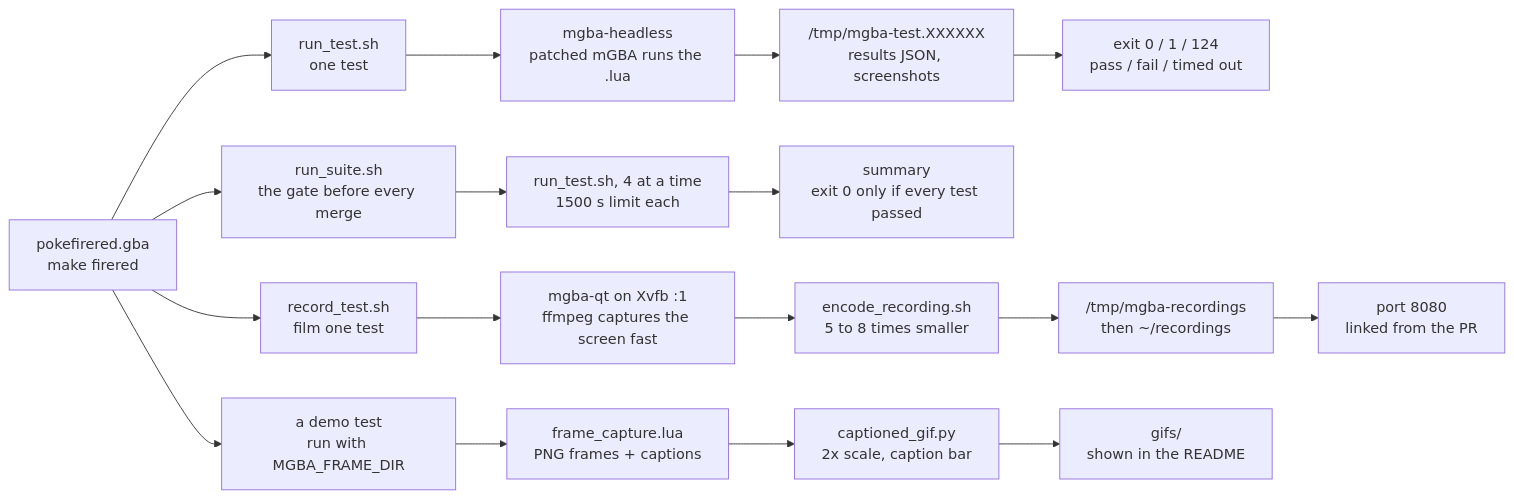
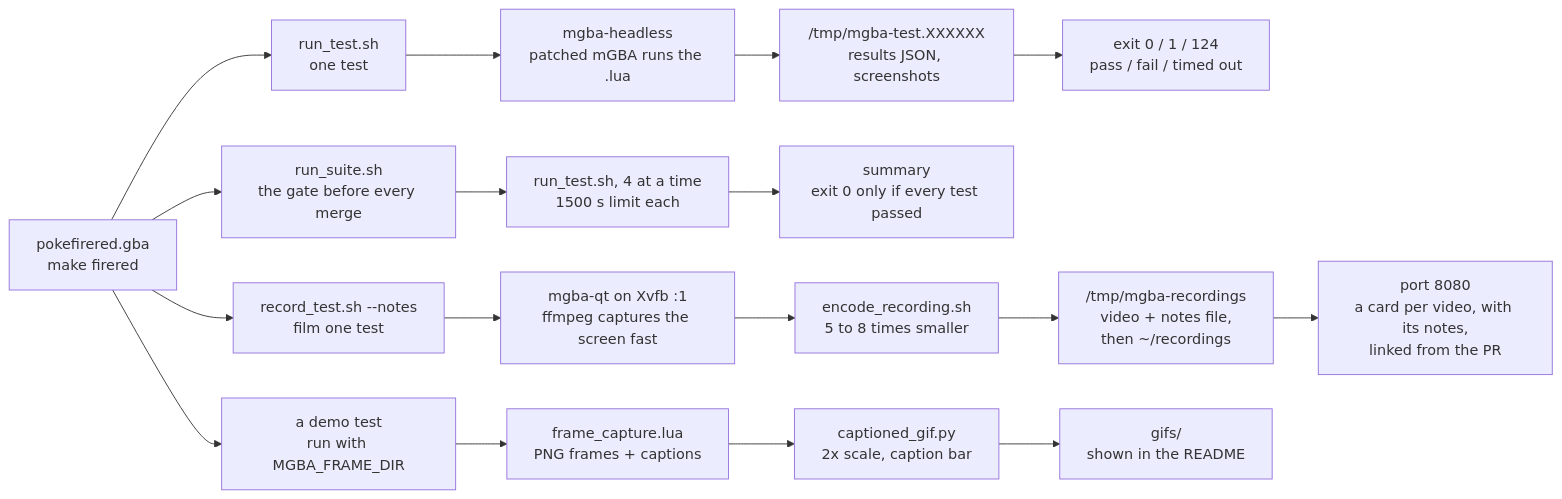
One commit to MinimalEffort07/pokefirered changed the third of 3 diagrams in docs/SYSTEM_MAP.md. Above: the diagram before and after it, drawn with Mermaid. The commit also changed other lines of this file and 1 other file, not shown here.

Commit message:
Document recording notes in the README and the system map (#110)

````diff
--- a/docs/SYSTEM_MAP.md
+++ b/docs/SYSTEM_MAP.md
@@ -126,8 +126,8 @@
 ```mermaid
 flowchart LR
   ROM["pokefirered.gba<br/>make firered"]
   ROM --> RT["run_test.sh<br/>one test"] --> HL["mgba-headless<br/>patched mGBA runs the .lua"] --> OUT["/tmp/mgba-test.XXXXXX<br/>results JSON, screenshots"] --> EX["exit 0 / 1 / 124<br/>pass / fail / timed out"]
   ROM --> RS["run_suite.sh<br/>the gate before every merge"] --> X4["run_test.sh, 4 at a time<br/>1500 s limit each"] --> SUM["summary<br/>exit 0 only if every test passed"]
-  ROM --> RC["record_test.sh<br/>film one test"] --> QT["mgba-qt on Xvfb :1<br/>ffmpeg captures the screen fast"] --> ENC["encode_recording.sh<br/>5 to 8 times smaller"] --> MP4["/tmp/mgba-recordings<br/>then ~/recordings"] --> SRV["port 8080<br/>linked from the PR"]
+  ROM --> RC["record_test.sh --notes<br/>film one test"] --> QT["mgba-qt on Xvfb :1<br/>ffmpeg captures the screen fast"] --> ENC["encode_recording.sh<br/>5 to 8 times smaller"] --> MP4["/tmp/mgba-recordings<br/>video + notes file,<br/>then ~/recordings"] --> SRV["port 8080<br/>a card per video, with its notes,<br/>linked from the PR"]
   ROM --> DM["a demo test<br/>run with MGBA_FRAME_DIR"] --> FC["frame_capture.lua<br/>PNG frames + captions"] --> CG["captioned_gif.py<br/>2x scale, caption bar"] --> GIF["gifs/<br/>shown in the README"]
 ```
````
